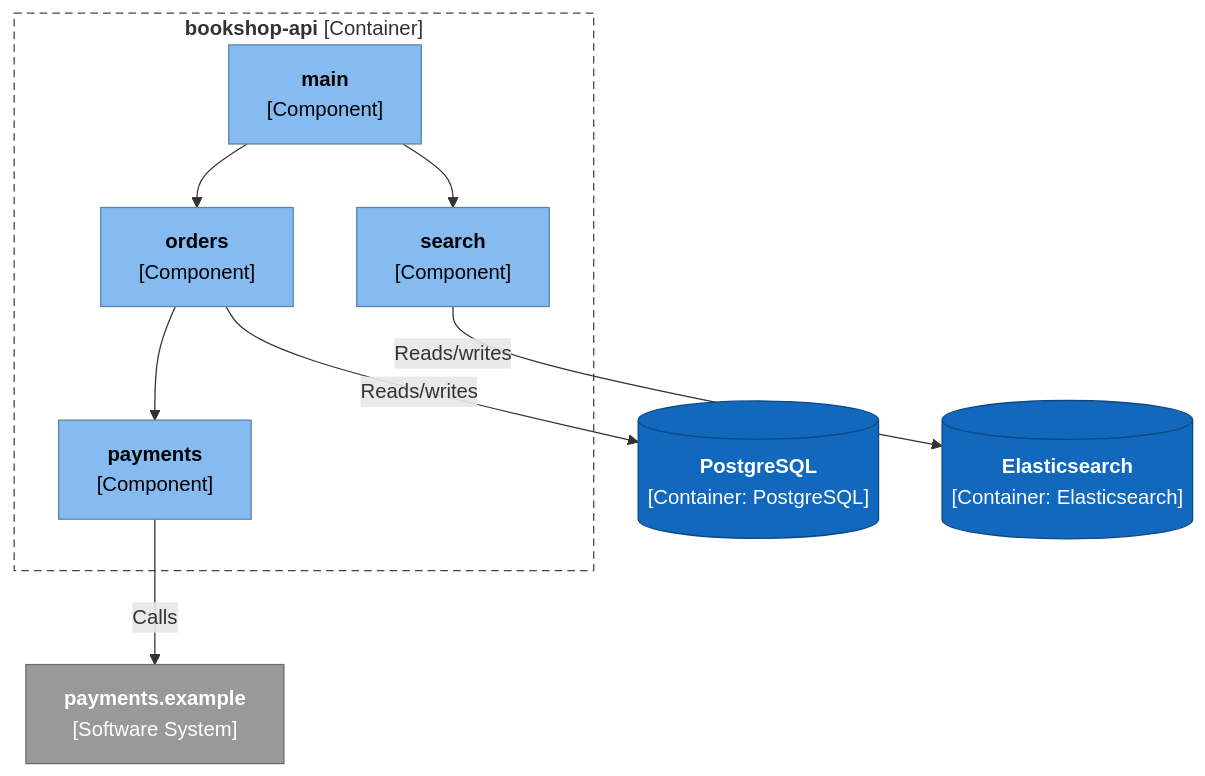
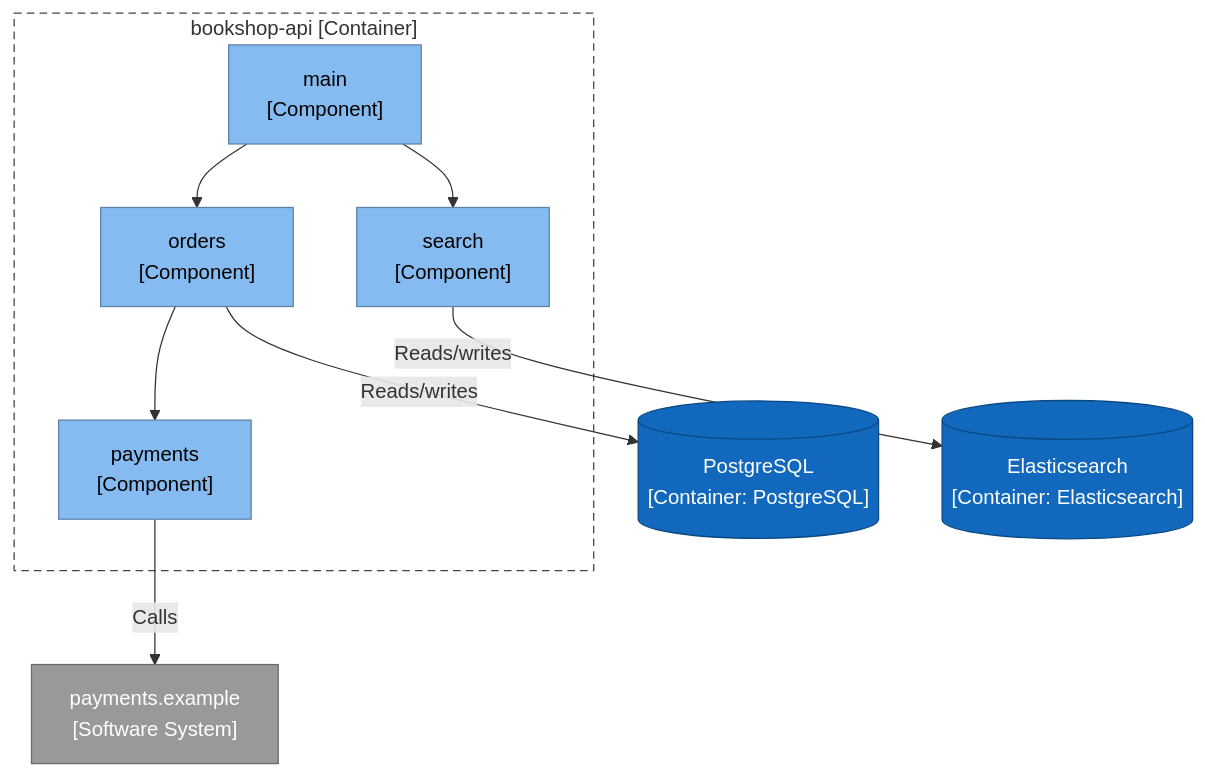
The second of 5 diagrams in tests/golden/bookshop/output/ArchitectureReport.md (ythalorossy/architecture-skills), drawn with Mermaid before and after one commit. The commit also changed other lines of this file and 51 other files, not shown here.

First line of the commit message:
fix(render): plain diagram labels keep the characters in code names

````diff
--- a/tests/golden/bookshop/output/ArchitectureReport.md
+++ b/tests/golden/bookshop/output/ArchitectureReport.md
@@ -78,35 +68,28 @@
 ```mermaid
 flowchart TB
-    subgraph boundary["`**bookshop-api** [Container]`"]
-        bookshop_main["`**main**
-[Component]`"]
-        bookshop_orders["`**orders**
-[Component]`"]
-        bookshop_payments["`**payments**
-[Component]`"]
-        bookshop_search["`**search**
-[Component]`"]
+    subgraph boundary["bookshop-api [Container]"]
+        bookshop_main["main<br/>[Component]"]
+        bookshop_orders["orders<br/>[Component]"]
+        bookshop_payments["payments<br/>[Component]"]
+        bookshop_search["search<br/>[Component]"]
     end
     bookshop_main --> bookshop_orders
     bookshop_main --> bookshop_search
     bookshop_orders --> bookshop_payments
-    db_elasticsearch[("`**Elasticsearch**
-[Container: Elasticsearch]`")]
-    bookshop_search -->|"`Reads/writes`"| db_elasticsearch
-    db_postgresql[("`**PostgreSQL**
-[Container: PostgreSQL]`")]
-    bookshop_orders -->|"`Reads/writes`"| db_postgresql
-    ext_payments_example["`**payments.example**
-[Software System]`"]
-    bookshop_payments -->|"`Calls`"| ext_payments_example
+    db_elasticsearch[("Elasticsearch<br/>[Container: Elasticsearch]")]
+    bookshop_search -->|"Reads/writes"| db_elasticsearch
+    db_postgresql[("PostgreSQL<br/>[Container: PostgreSQL]")]
+    bookshop_orders -->|"Reads/writes"| db_postgresql
+    ext_payments_example["payments.example<br/>[Software System]"]
+    bookshop_payments -->|"Calls"| ext_payments_example
     classDef person fill:#08427b,stroke:#052e56,color:#ffffff
     classDef container fill:#1168bd,stroke:#0b4884,color:#ffffff
     classDef system fill:#1168bd,stroke:#0b4884,color:#ffffff
     classDef component fill:#85bbf0,stroke:#5d82a8,color:#000000
     classDef external fill:#999999,stroke:#6b6b6b,color:#ffffff
     classDef shared fill:#dbe9f6,stroke:#5d82a8,color:#000000,stroke-dasharray:4 3
     class bookshop_main,bookshop_orders,bookshop_payments,bookshop_search component
     class db_elasticsearch,db_postgresql container
     class ext_payments_example external
     style boundary fill:none,stroke:#444444,stroke-dasharray:6 4
 ```
````
